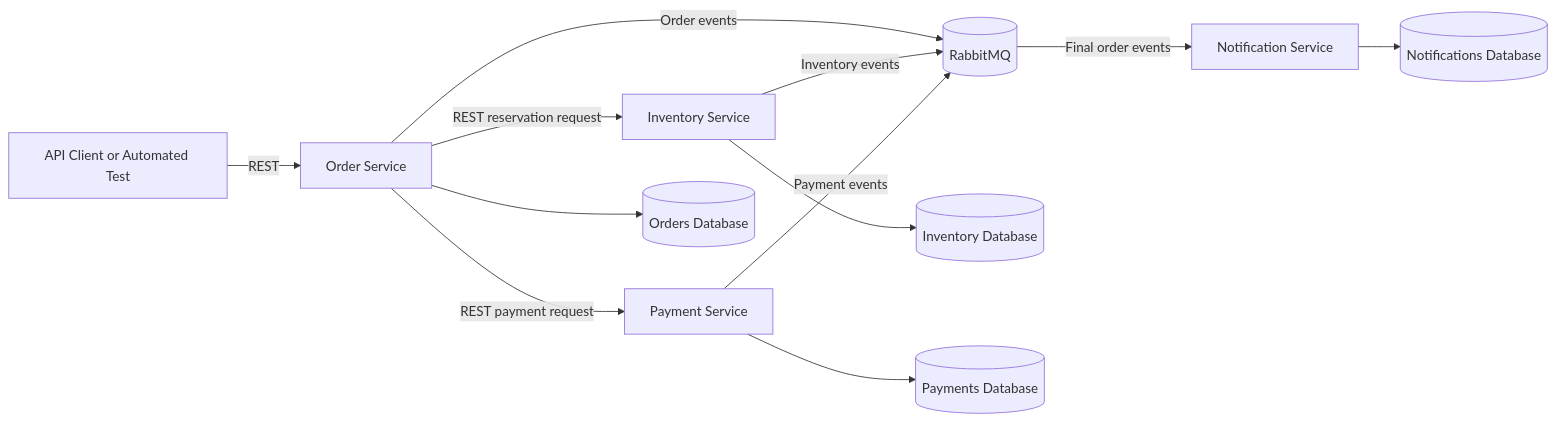
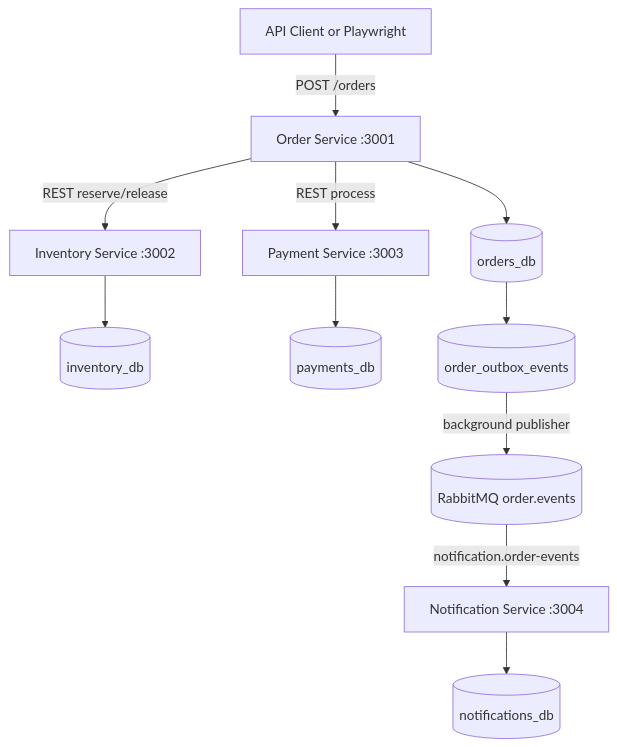
One commit to ldmrtnll-arch/distributed-order-platform-qa changed the first of 2 diagrams in docs/architecture.md. Above: the diagram before and after it, drawn with Mermaid. The commit also changed other lines of this file and 2 other files, not shown here.

Commit message:
docs: document asynchronous Order events

````diff
--- a/docs/architecture.md
+++ b/docs/architecture.md
@@ -25,32 +11,25 @@
 ```mermaid
-flowchart LR
-    Client[API Client or Automated Test]
+flowchart TD
+    Client[API Client or Playwright]
+    Order[Order Service :3001]
+    Inventory[Inventory Service :3002]
+    Payment[Payment Service :3003]
+    Notification[Notification Service :3004]
+    OrdersDB[(orders_db)]
+    InventoryDB[(inventory_db)]
+    PaymentsDB[(payments_db)]
+    Outbox[(order_outbox_events)]
+    RabbitMQ[(RabbitMQ order.events)]
+    NotificationsDB[(notifications_db)]
 
-    Order[Order Service]
-    Inventory[Inventory Service]
-    Payment[Payment Service]
-    Notification[Notification Service]
-
-    RabbitMQ[(RabbitMQ)]
-
-    OrdersDB[(Orders Database)]
-    InventoryDB[(Inventory Database)]
-    PaymentsDB[(Payments Database)]
-    NotificationsDB[(Notifications Database)]
-
-    Client -->|REST| Order
-
-    Order -->|REST reservation request| Inventory
-    Order -->|REST payment request| Payment
-
-    Order -->|Order events| RabbitMQ
-    Inventory -->|Inventory events| RabbitMQ
-    Payment -->|Payment events| RabbitMQ
-
-    RabbitMQ -->|Final order events| Notification
-
+    Client -->|POST /orders| Order
+    Order -->|REST reserve/release| Inventory
+    Order -->|REST process| Payment
     Order --> OrdersDB
     Inventory --> InventoryDB
     Payment --> PaymentsDB
+    OrdersDB --> Outbox
+    Outbox -->|background publisher| RabbitMQ
+    RabbitMQ -->|notification.order-events| Notification
     Notification --> NotificationsDB
 ```
````
